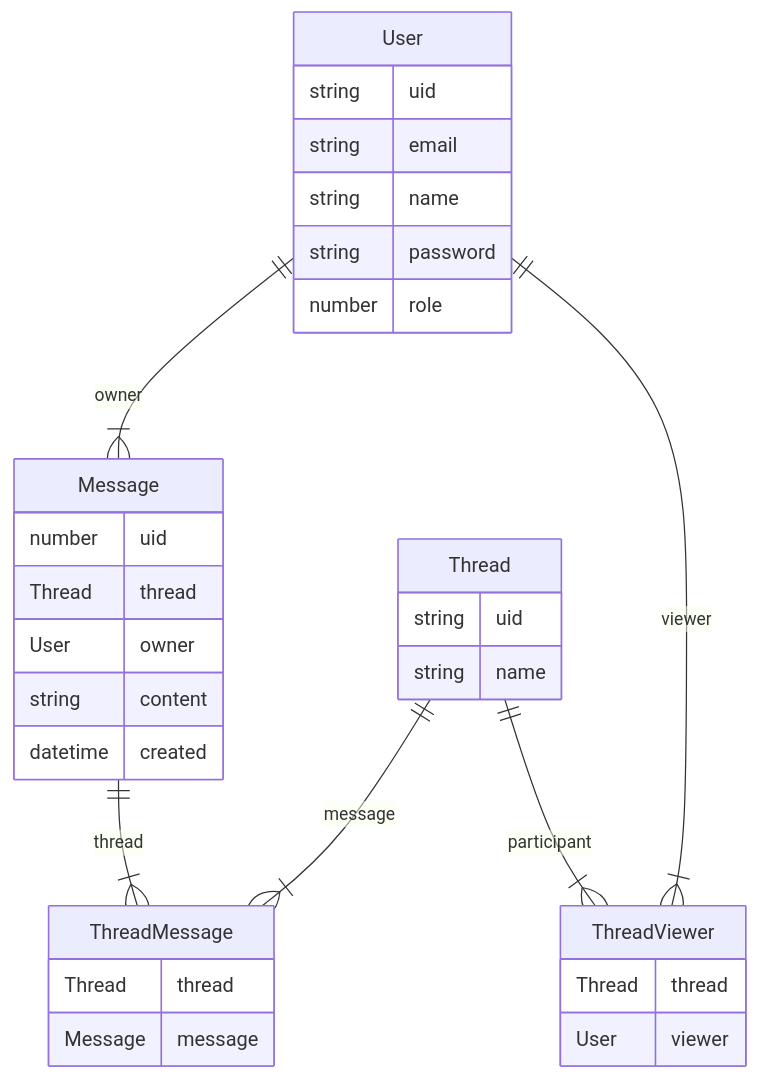
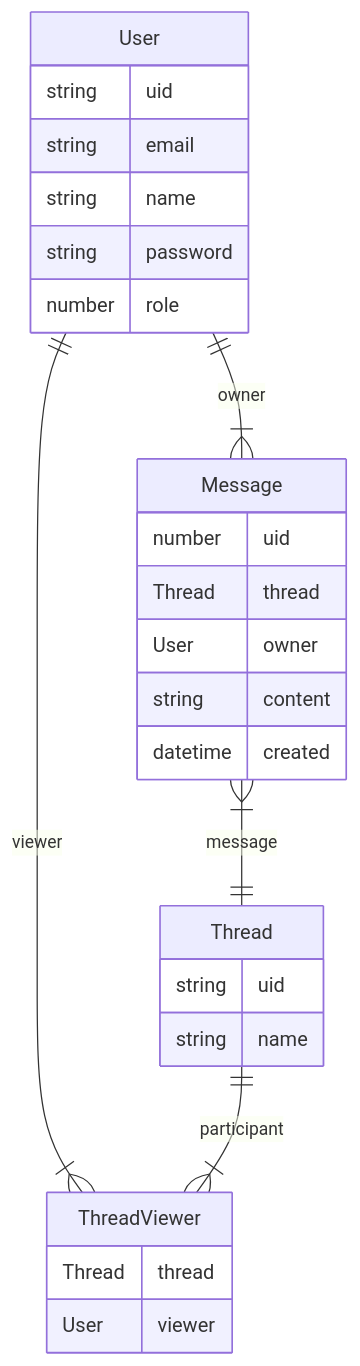
Before and after one commit to TWoolhouse/Slook: the diagram in design/schema.md, drawn with Mermaid.

Commit message:
schema relation mistake fixed

````diff
--- a/design/schema.md
+++ b/design/schema.md
@@ -1,42 +1,36 @@
 ```mermaid
 erDiagram
 
-	Thread ||--|{ ThreadMessage : message
-	Message ||--|{ ThreadMessage : thread
+	Message }|--|| Thread : message
 
 	User ||--|{ Message : owner
 	User ||--|{ ThreadViewer : viewer
 	Thread ||--|{ ThreadViewer : participant
 
 	User {
 		string uid
 		string email
 		string name
 		string password
 		number role
 	}
 
 	Thread {
 		string uid
 		string name
 	}
 
 	Message {
 		number uid
 		Thread thread
 		User owner
 		string content
 		datetime created
 	}
 
-	ThreadMessage {
-		Thread thread
-		Message message
-	}
-
 	ThreadViewer {
 		Thread thread
 		User viewer
 	}
 
 ```
````
